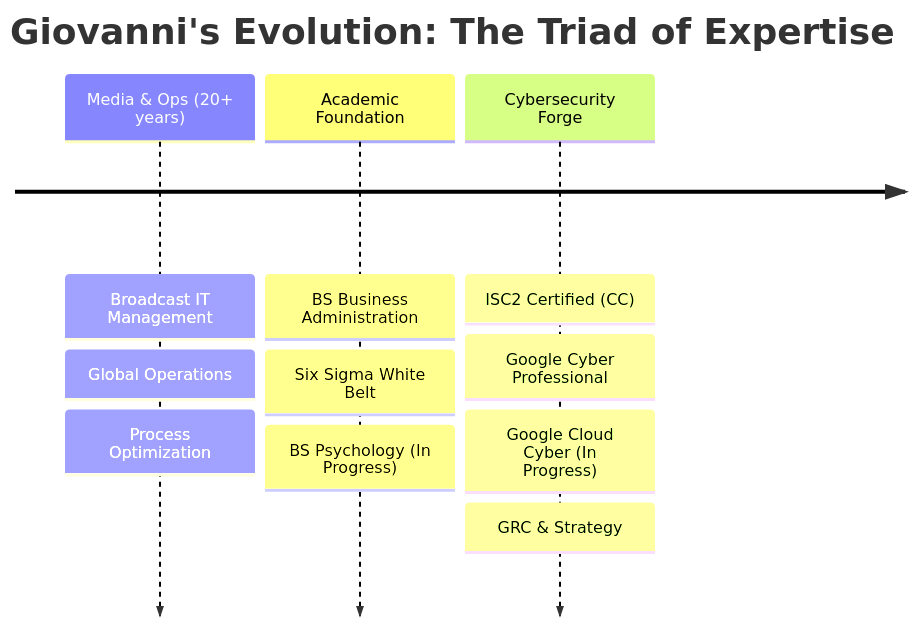
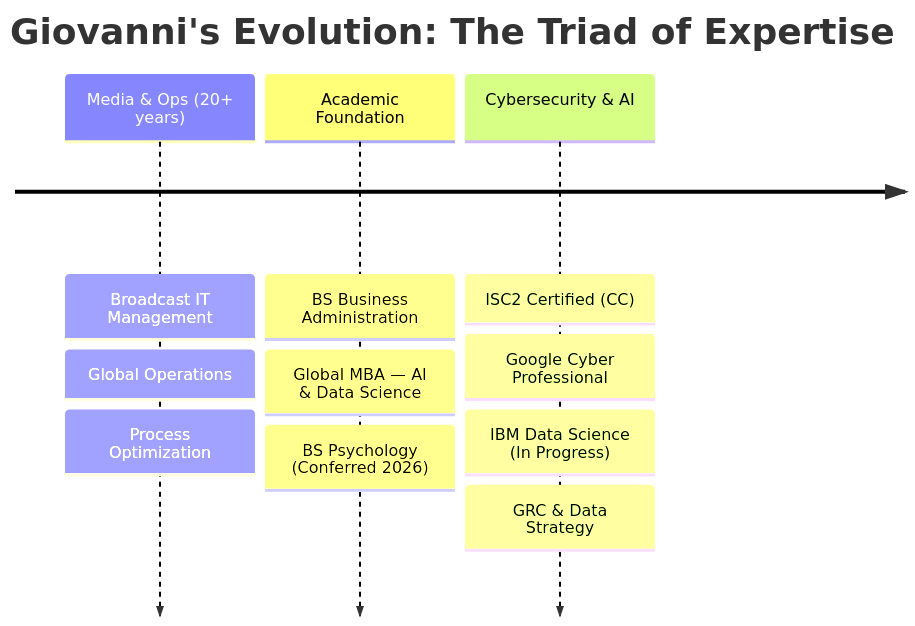
Before and after one commit to Neckr0ik/Neckr0ik: the diagram in README.md, drawn with Mermaid. The commit also changed other lines of this file, not shown here.

Commit message:
docs: update credentials, LinkedIn URL, add MBA AI & Data Science and IBM cert

````diff
--- a/README.md
+++ b/README.md
@@ -45,17 +45,17 @@
 ```mermaid
 timeline
     title Giovanni's Evolution: The Triad of Expertise
     
     Media & Ops (20+ years) : Broadcast IT Management
                             : Global Operations
                             : Process Optimization
     
     Academic Foundation : BS Business Administration
-                        : Six Sigma White Belt
-                        : BS Psychology (In Progress)
+                        : Global MBA — AI & Data Science
+                        : BS Psychology (Conferred 2026)
     
-    Cybersecurity Forge : ISC2 Certified (CC)
+    Cybersecurity & AI  : ISC2 Certified (CC)
                         : Google Cyber Professional
-                        : Google Cloud Cyber (In Progress)
-                        : GRC & Strategy
+                        : IBM Data Science (In Progress)
+                        : GRC & Data Strategy
 ```
````
